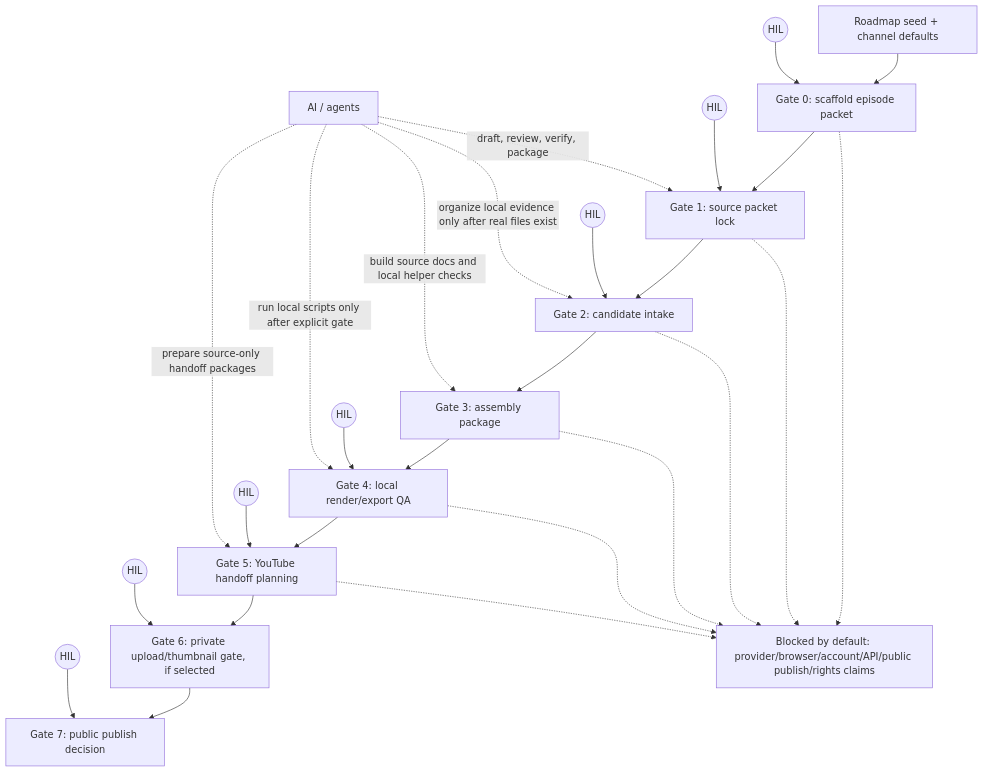
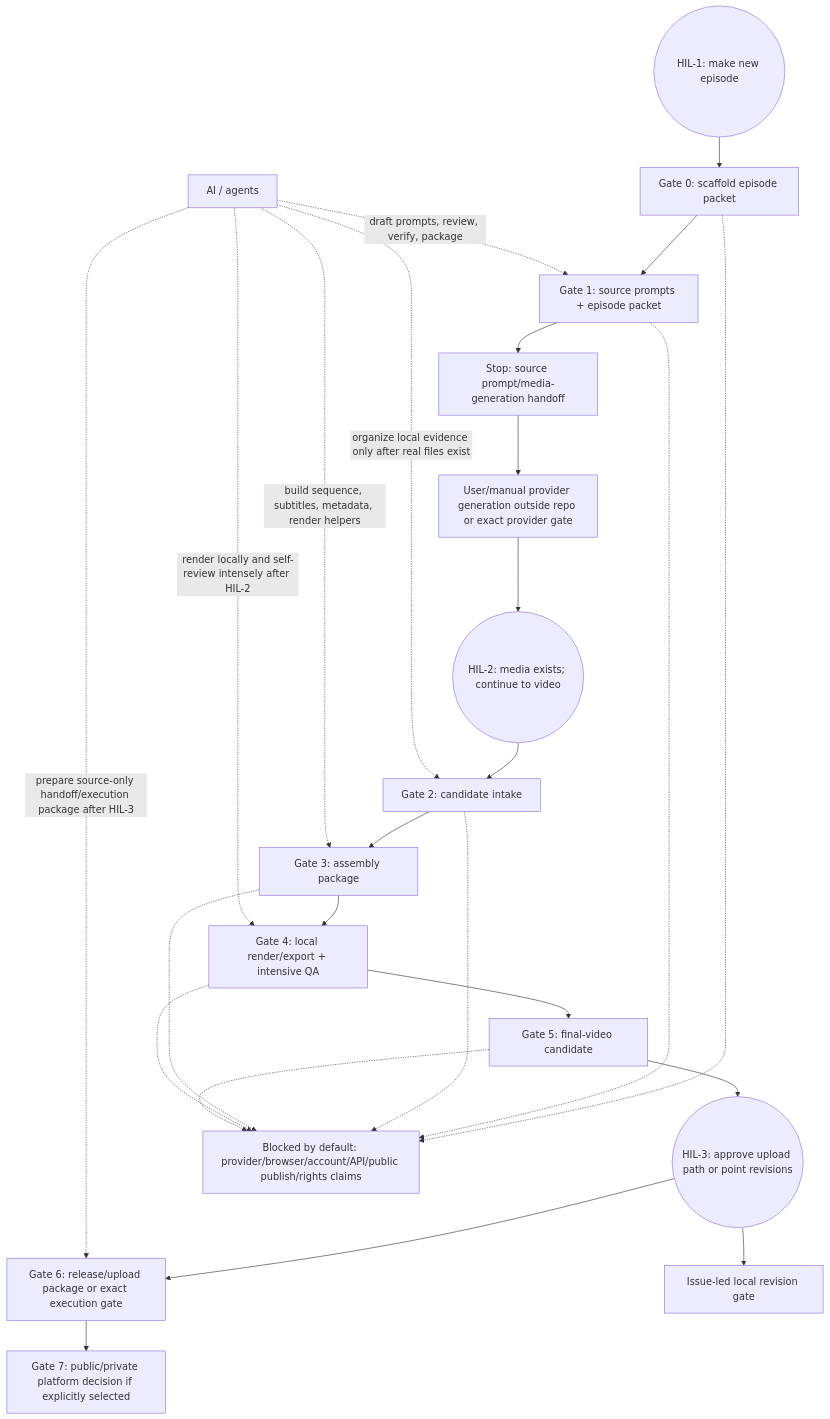
The diagram in docs/workflow-map.md (myr-air/zodiac-leo), drawn with Mermaid before and after one commit. The commit also changed other lines of this file and 35 other files, not shown here.

Commit message:
Record S01E02 render QA and HIL workflow

````diff
--- a/docs/workflow-map.md
+++ b/docs/workflow-map.md
@@ -39,33 +38,30 @@
 ```mermaid
 flowchart TD
-  A[Roadmap seed + channel defaults] --> B[Gate 0: scaffold episode packet]
-  B --> C[Gate 1: source packet lock]
-  C --> D[Gate 2: candidate intake]
+  U1((HIL-1: make new episode)) --> B[Gate 0: scaffold episode packet]
+  B --> C[Gate 1: source prompts + episode packet]
+  C --> C2[Stop: source prompt/media-generation handoff]
+  C2 --> M[User/manual provider generation outside repo or exact provider gate]
+  M --> U2((HIL-2: media exists; continue to video))
+  U2 --> D[Gate 2: candidate intake]
   D --> E[Gate 3: assembly package]
-  E --> F[Gate 4: local render/export QA]
-  F --> G[Gate 5: YouTube handoff planning]
-  G --> H[Gate 6: private upload/thumbnail gate, if selected]
-  H --> I[Gate 7: public publish decision]
+  E --> F[Gate 4: local render/export + intensive QA]
+  F --> G[Gate 5: final-video candidate]
+  G --> U3((HIL-3: approve upload path or point revisions))
+  U3 --> H[Gate 6: release/upload package or exact execution gate]
+  U3 --> R[Issue-led local revision gate]
+  H --> I[Gate 7: public/private platform decision if explicitly selected]
 
-  U0((HIL)) --> B
-  U1((HIL)) --> C
-  U2((HIL)) --> D
-  U3((HIL)) --> F
-  U4((HIL)) --> G
-  U5((HIL)) --> H
-  U6((HIL)) --> I
-
-  AI[AI / agents] -. draft, review, verify, package .-> C
+  AI[AI / agents] -. draft prompts, review, verify, package .-> C
   AI -. organize local evidence only after real files exist .-> D
-  AI -. build source docs and local helper checks .-> E
-  AI -. run local scripts only after explicit gate .-> F
-  AI -. prepare source-only handoff packages .-> G
+  AI -. build sequence, subtitles, metadata, render helpers .-> E
+  AI -. render locally and self-review intensely after HIL-2 .-> F
+  AI -. prepare source-only handoff/execution package after HIL-3 .-> H
 
   X[Blocked by default: provider/browser/account/API/public publish/rights claims]
   B -.-> X
   C -.-> X
   D -.-> X
   E -.-> X
   F -.-> X
   G -.-> X
 ```
````
